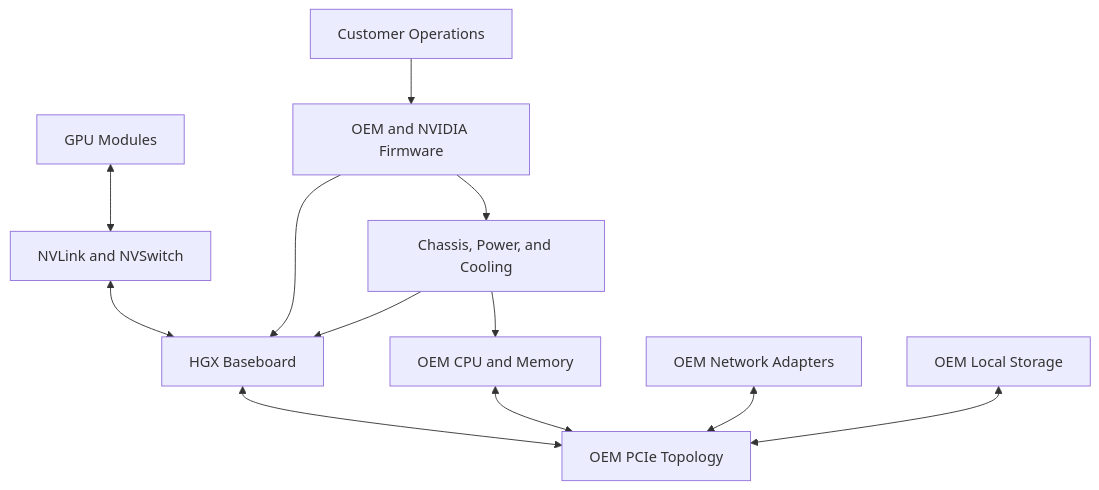
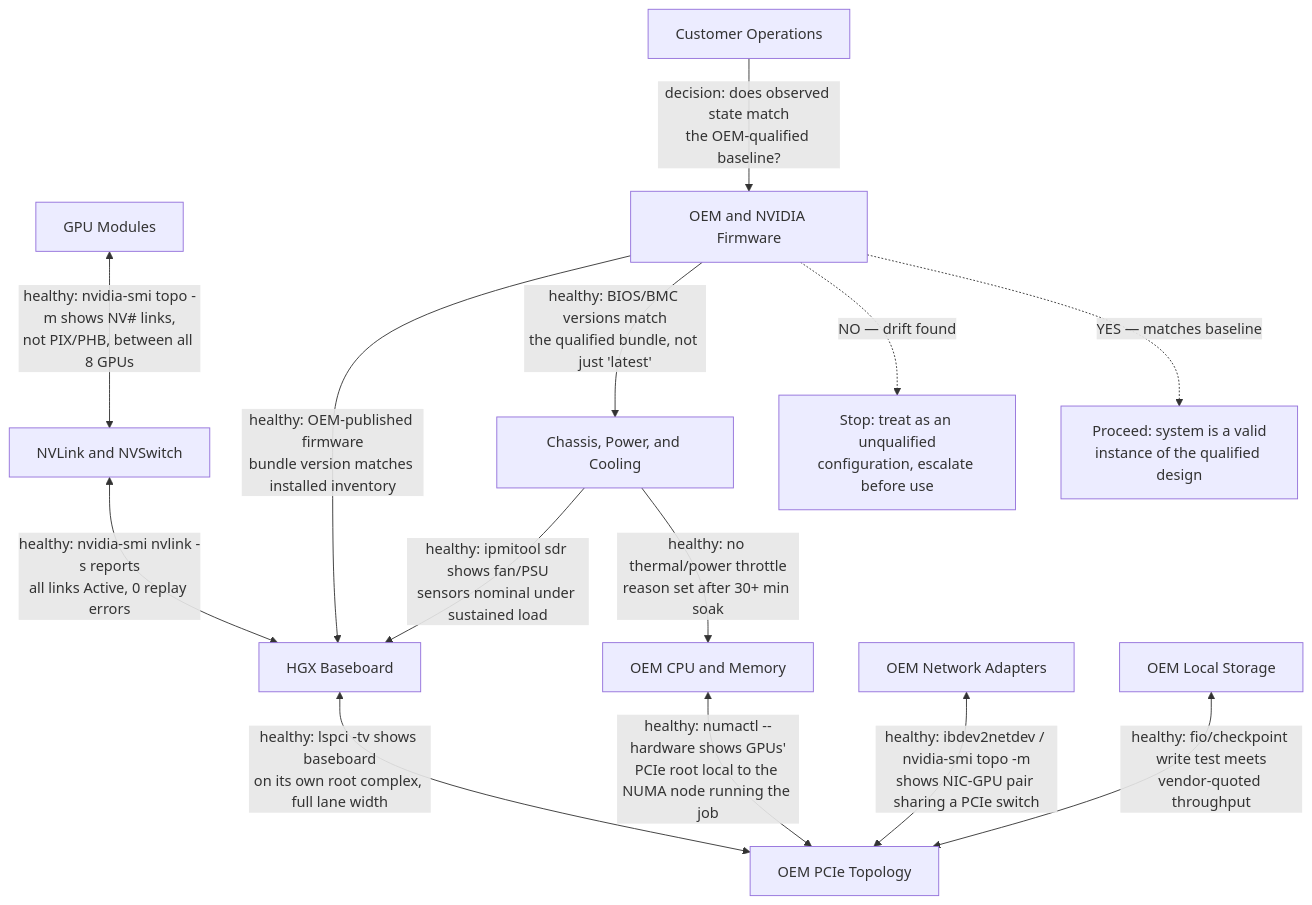
The diagram in docs/nvidia-zero-to-hero/volume-06/chapter-01-why-hgx-exists.md (jithinpnjm/nvidia-devops), drawn with Mermaid before and after one commit. The commit also changed other lines of this file and 4 other files, not shown here.

Commit message:
WIP checkpoint: depth rework in progress, NOT verified/built — session hit rate limit mid-run

````diff
--- a/docs/nvidia-zero-to-hero/volume-06/chapter-01-why-hgx-exists.md
+++ b/docs/nvidia-zero-to-hero/volume-06/chapter-01-why-hgx-exists.md
@@ -31,25 +31,28 @@
 ```mermaid
 flowchart TD
     GPU[GPU Modules]
     ScaleUp[NVLink and NVSwitch]
     Baseboard[HGX Baseboard]
     CPU[OEM CPU and Memory]
     PCIe[OEM PCIe Topology]
     NIC[OEM Network Adapters]
     Storage[OEM Local Storage]
     Chassis[Chassis, Power, and Cooling]
     Firmware[OEM and NVIDIA Firmware]
     Operations[Customer Operations]
 
-    GPU <--> ScaleUp
-    ScaleUp <--> Baseboard
-    Baseboard <--> PCIe
-    CPU <--> PCIe
-    NIC <--> PCIe
-    Storage <--> PCIe
-    Chassis --> Baseboard
-    Chassis --> CPU
-    Firmware --> Baseboard
-    Firmware --> Chassis
-    Operations --> Firmware
+    GPU <-->|"healthy: nvidia-smi topo -m shows NV# links,<br/>not PIX/PHB, between all 8 GPUs"| ScaleUp
+    ScaleUp <-->|"healthy: nvidia-smi nvlink -s reports<br/>all links Active, 0 replay errors"| Baseboard
+    Baseboard <-->|"healthy: lspci -tv shows baseboard<br/>on its own root complex, full lane width"| PCIe
+    CPU <-->|"healthy: numactl --hardware shows GPUs'<br/>PCIe root local to the NUMA node running the job"| PCIe
+    NIC <-->|"healthy: ibdev2netdev / nvidia-smi topo -m<br/>shows NIC-GPU pair sharing a PCIe switch"| PCIe
+    Storage <-->|"healthy: fio/checkpoint write test meets<br/>vendor-quoted throughput"| PCIe
+    Chassis -->|"healthy: ipmitool sdr shows fan/PSU<br/>sensors nominal under sustained load"| Baseboard
+    Chassis -->|"healthy: no thermal/power throttle<br/>reason set after 30+ min soak"| CPU
+    Firmware -->|"healthy: OEM-published firmware<br/>bundle version matches installed inventory"| Baseboard
+    Firmware -->|"healthy: BIOS/BMC versions match<br/>the qualified bundle, not just 'latest'"| Chassis
+    Operations -->|"decision: does observed state match<br/>the OEM-qualified baseline?"| Firmware
+
+    Firmware -.->|"NO — drift found"| Divergent["Stop: treat as an unqualified<br/>configuration, escalate before use"]
+    Firmware -.->|"YES — matches baseline"| Accept["Proceed: system is a valid<br/>instance of the qualified design"]
 ```
````
